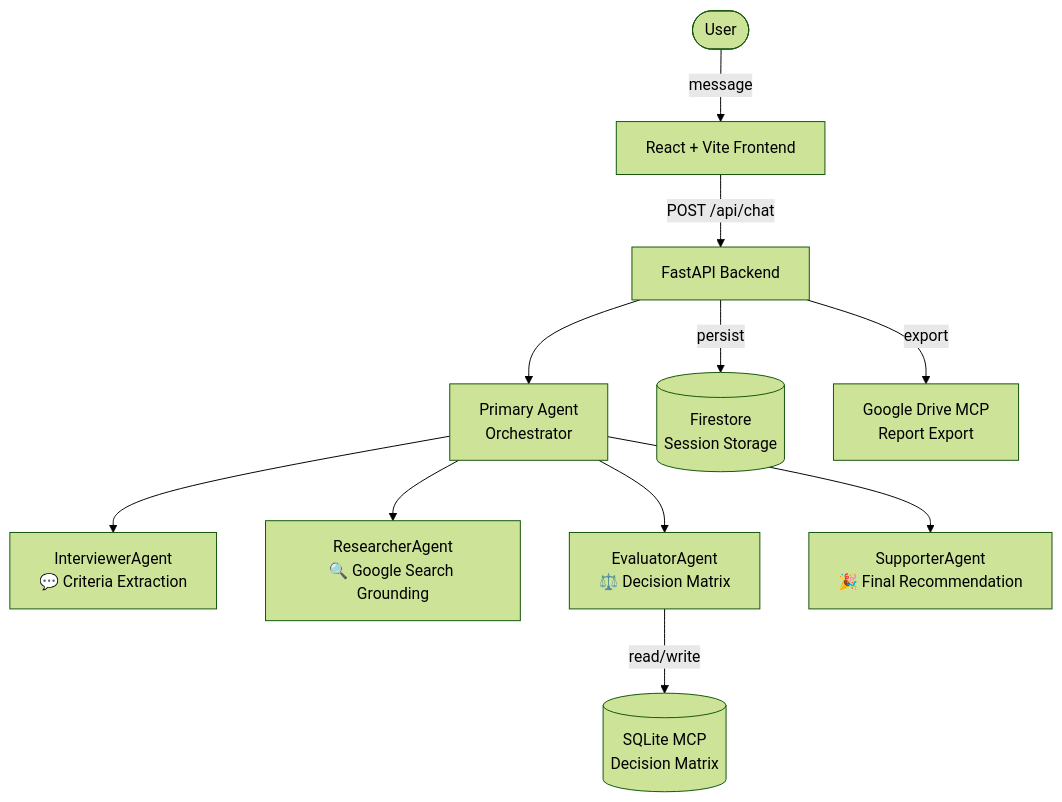
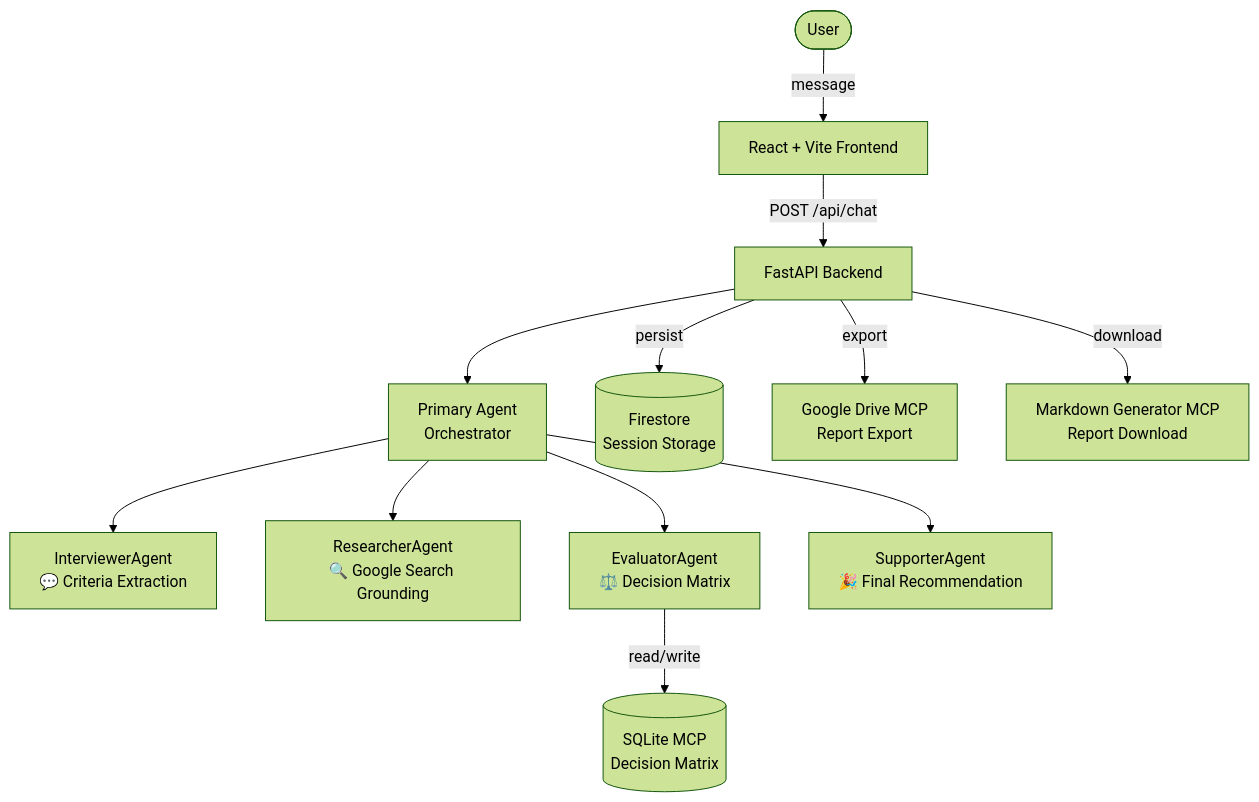
Before and after one commit to withered-flowers/apps-hackathon-project-adk: the diagram in README.md, drawn with Mermaid (forest theme). The commit also changed other lines of this file and 5 other files, not shown here.

Commit message:
feat(ai): Change the Save to Drive to Generate Markdown, still using the MCP to generate it.

````diff
--- a/README.md
+++ b/README.md
@@ -9,13 +9,14 @@
 ```mermaid
 graph TD
     User([User]) -->|message| FE[React + Vite Frontend]
     FE -->|POST /api/chat| BE[FastAPI Backend]
     BE --> PA[Primary Agent\nOrchestrator]
     PA --> IA[InterviewerAgent\n💬 Criteria Extraction]
     PA --> RA[ResearcherAgent\n🔍 Google Search Grounding]
     PA --> EA[EvaluatorAgent\n⚖️ Decision Matrix]
     PA --> SA[SupporterAgent\n🎉 Final Recommendation]
     EA -->|read/write| MCP[(SQLite MCP\nDecision Matrix)]
     BE -->|persist| FS[(Firestore\nSession Storage)]
     BE -->|export| DM[Google Drive MCP\nReport Export]
+    BE -->|download| MG[Markdown Generator MCP\nReport Download]
 ```
````
